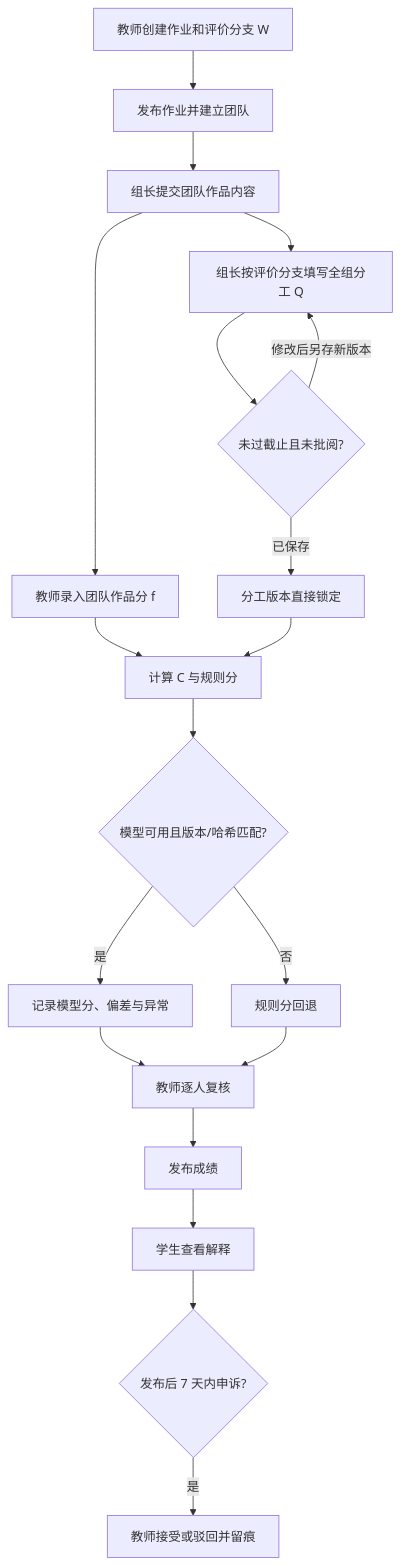
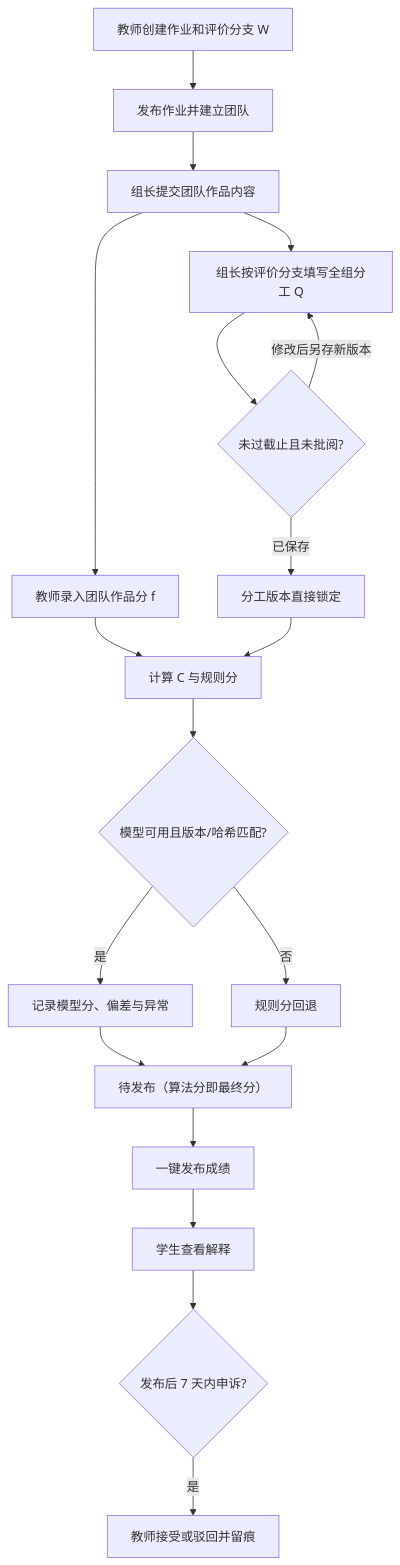
Before and after one commit to Anny-ZYF/pbl-demo: the second of 6 diagrams in docs/SYSTEM_DESIGN.md, drawn with Mermaid. The commit also changed 26 other files, not shown here.

````diff
--- a/docs/SYSTEM_DESIGN.md
+++ b/docs/SYSTEM_DESIGN.md
@@ -65,21 +65,21 @@
 ```mermaid
 flowchart TD
     A["教师创建作业和评价分支 W"] --> B["发布作业并建立团队"]
     B --> C["组长提交团队作品内容"]
     C --> D["组长按评价分支填写全组分工 Q"]
     D --> E{"未过截止且未批阅?"}
     E -->|"修改后另存新版本"| D
     E -->|"已保存"| G["分工版本直接锁定"]
     C --> F["教师录入团队作品分 f"]
     F --> H["计算 C 与规则分"]
     G --> H
     H --> I{"模型可用且版本/哈希匹配?"}
     I -->|"是"| J["记录模型分、偏差与异常"]
     I -->|"否"| K["规则分回退"]
-    J --> L["教师逐人复核"]
+    J --> L["待发布（算法分即最终分）"]
     K --> L
-    L --> M["发布成绩"]
+    L --> M["一键发布成绩"]
     M --> N["学生查看解释"]
     N --> O{"发布后 7 天内申诉?"}
     O -->|"是"| P["教师接受或驳回并留痕"]
 ```
````
